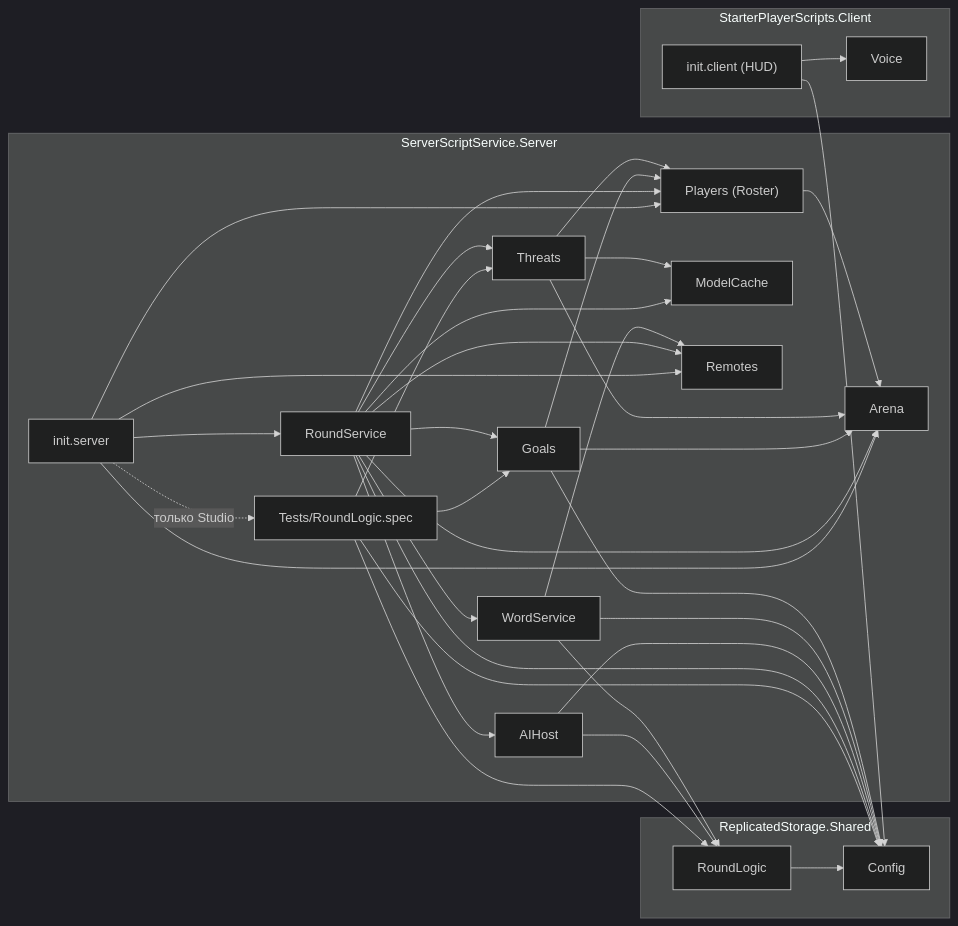
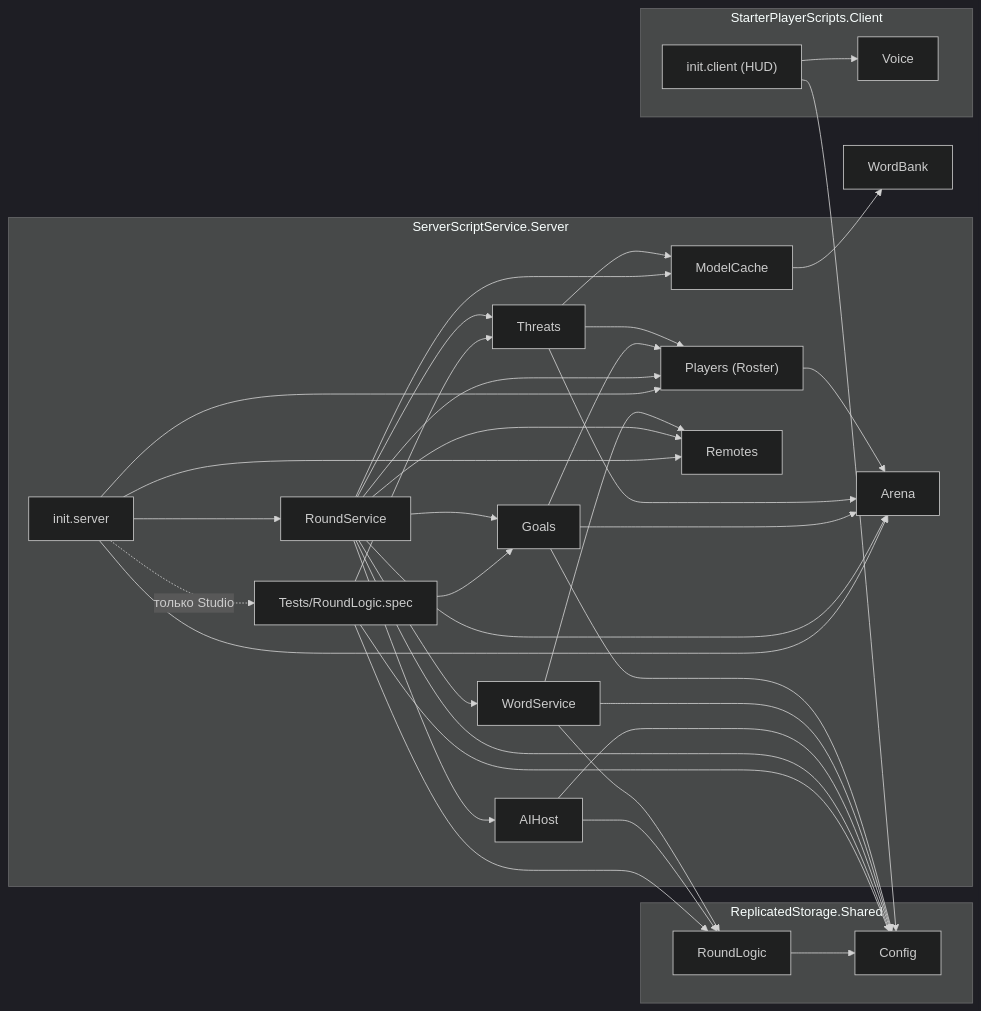
One commit to HageZERO2/AI-SAYS changed the first of 3 diagrams in docs/GRAPH.md. Above: the diagram before and after it, drawn with Mermaid (dark theme). The commit also changed 10 other files, not shown here.

First line of the commit message:
Word bank: 30 words pre-baked as model assets, loaded at server start

````diff
--- a/docs/GRAPH.md
+++ b/docs/GRAPH.md
@@ -7,36 +7,37 @@
 ```mermaid
 graph LR
   subgraph Shared["ReplicatedStorage.Shared"]
     Config
     RoundLogic
   end
   subgraph Server["ServerScriptService.Server"]
     init["init.server"]
     Spec["Tests/RoundLogic.spec"]
     RoundService
     AIHost
     Goals
     Threats
     Players["Players (Roster)"]
     Arena
     WordService
     ModelCache
     Remotes
   end
   subgraph Client["StarterPlayerScripts.Client"]
     initc["init.client (HUD)"]
     Voice
   end
 
   init --> Remotes & Arena & Players & RoundService
   init -. только Studio .-> Spec
   Spec --> RoundLogic & Config & Goals & Threats
   RoundService --> AIHost & Goals & Threats & Players & Arena & WordService & ModelCache & Remotes & Config
   AIHost --> RoundLogic & Config
   WordService --> RoundLogic & Config & Remotes
   Goals --> Arena & Players & Config
   Threats --> Arena & Players & ModelCache
+  ModelCache --> WordBank
   Players --> Arena
   RoundLogic --> Config
   initc --> Voice & Config
 ```
````
